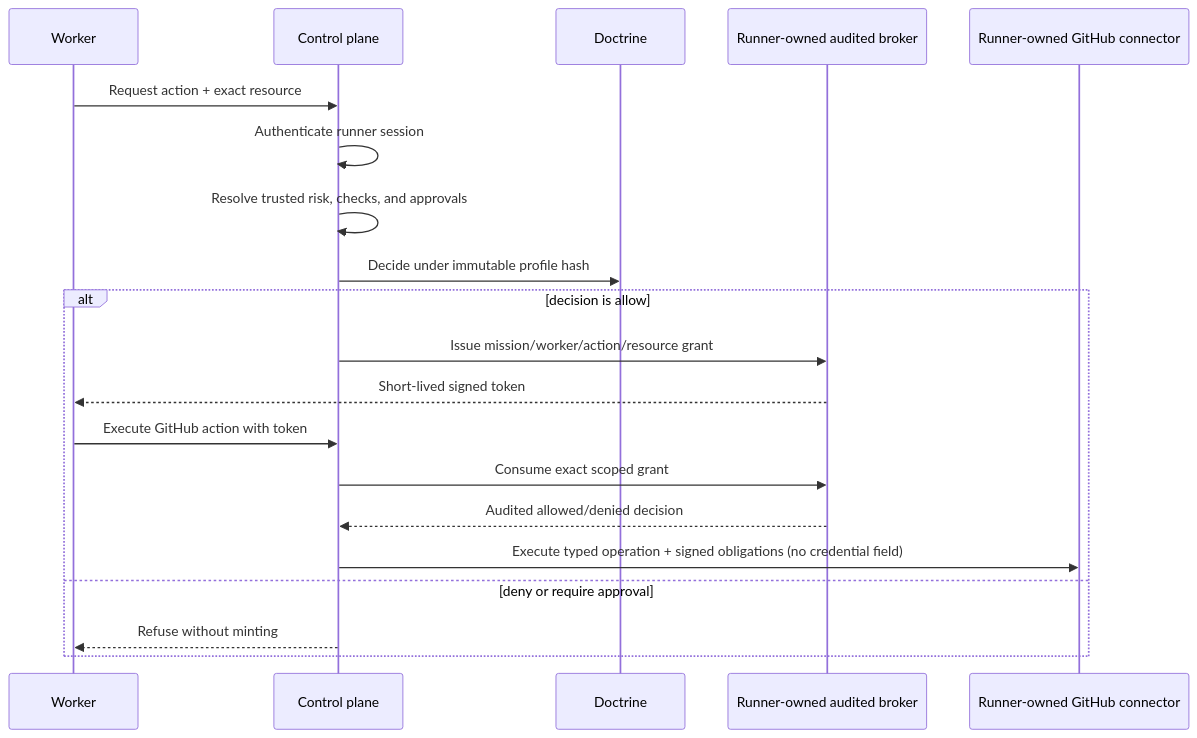
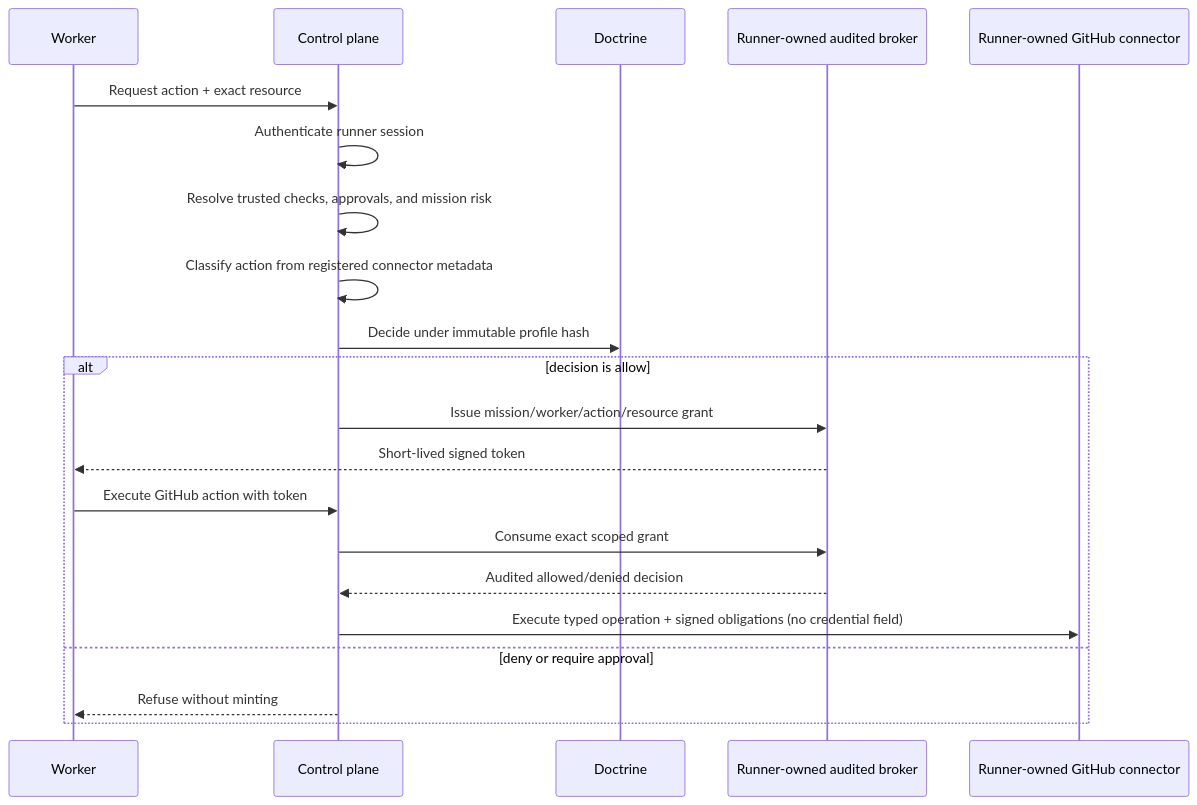
Before and after one commit to Volpestyle/clankie: the diagram in apps/control-plane/README.md, drawn with Mermaid. The commit also changed other lines of this file and 10 other files, not shown here.

Commit message:
Wire trusted connector risk and ceremony consumers (VUH-747)

````diff
--- a/apps/control-plane/README.md
+++ b/apps/control-plane/README.md
@@ -11,23 +11,24 @@
 ```mermaid
 sequenceDiagram
     participant W as Worker
     participant C as Control plane
     participant D as Doctrine
     participant B as Runner-owned audited broker
     participant G as Runner-owned GitHub connector
 
     W->>C: Request action + exact resource
     C->>C: Authenticate runner session
-    C->>C: Resolve trusted risk, checks, and approvals
+    C->>C: Resolve trusted checks, approvals, and mission risk
+    C->>C: Classify action from registered connector metadata
     C->>D: Decide under immutable profile hash
     alt decision is allow
         C->>B: Issue mission/worker/action/resource grant
         B-->>W: Short-lived signed token
         W->>C: Execute GitHub action with token
         C->>B: Consume exact scoped grant
         B-->>C: Audited allowed/denied decision
         C->>G: Execute typed operation + signed obligations (no credential field)
     else deny or require approval
         C-->>W: Refuse without minting
     end
 ```
````
